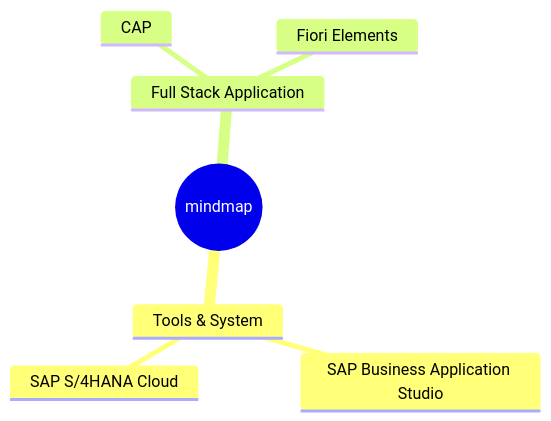
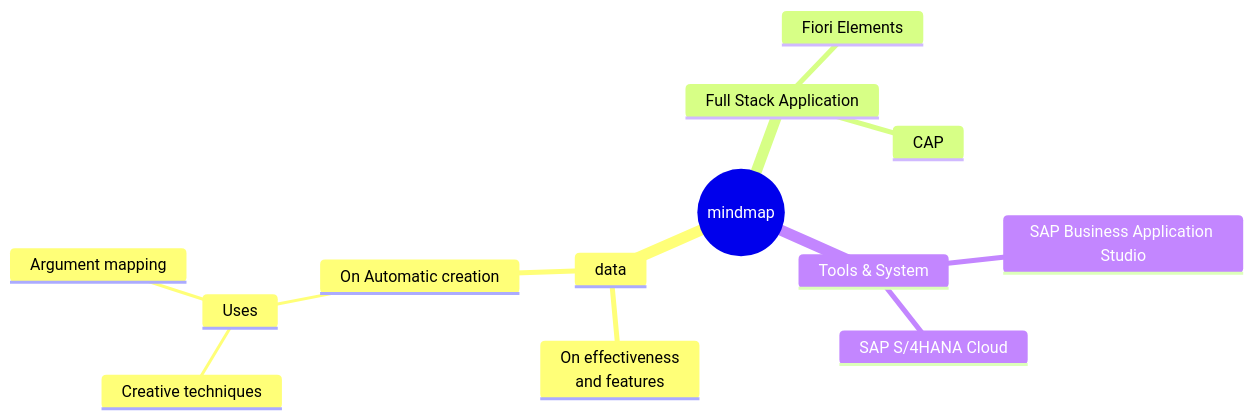
Before and after one commit to ejazsyed/validation-issue: the first of 4 diagrams in README.md, drawn with Mermaid.

````diff
--- a/README.md
+++ b/README.md
@@ -7,10 +7,16 @@
 ```mermaid
    mindmap
   root((mindmap))
+    data
+      On effectiveness<br/>and features
+      On Automatic creation
+        Uses
+            Creative techniques
+            Argument mapping
+    Full Stack Application
+      CAP
+      Fiori Elements
     Tools & System
       SAP Business Application Studio
       SAP S/4HANA Cloud
-    Full Stack Application
-      CAP
-      Fiori Elements
 ```
````
